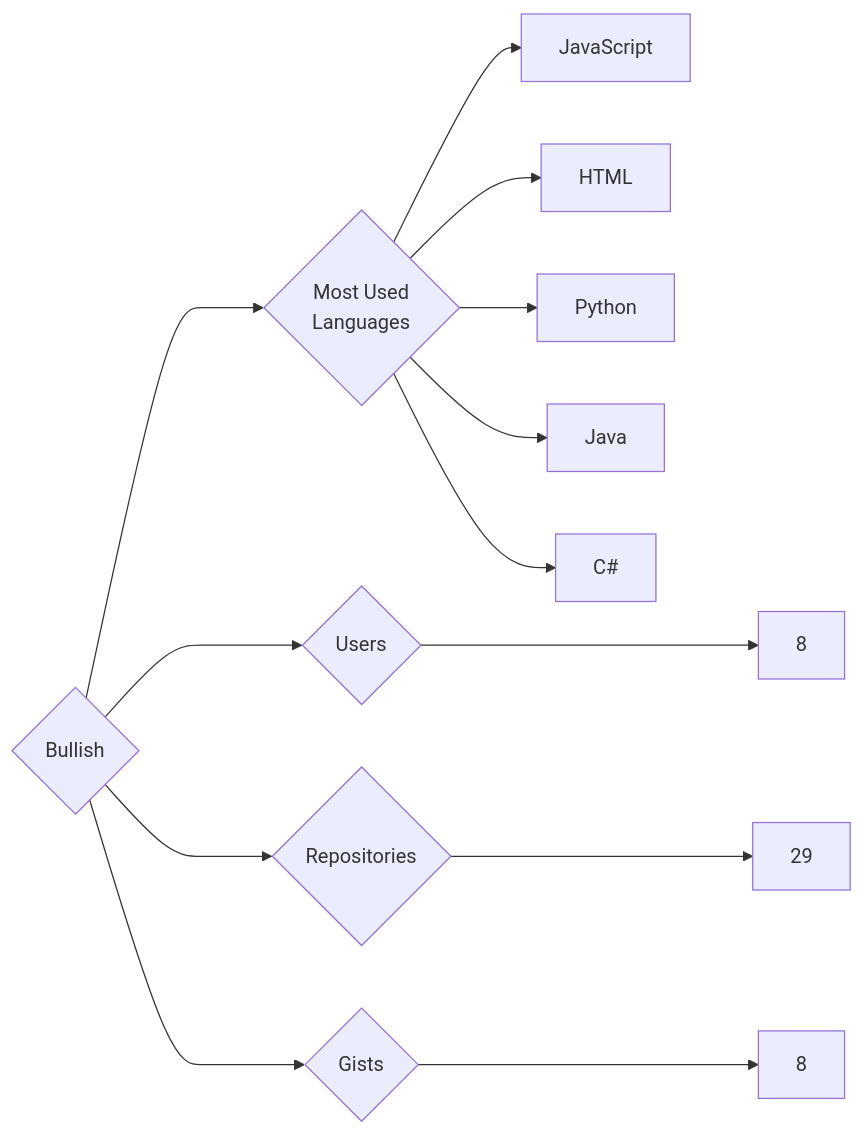
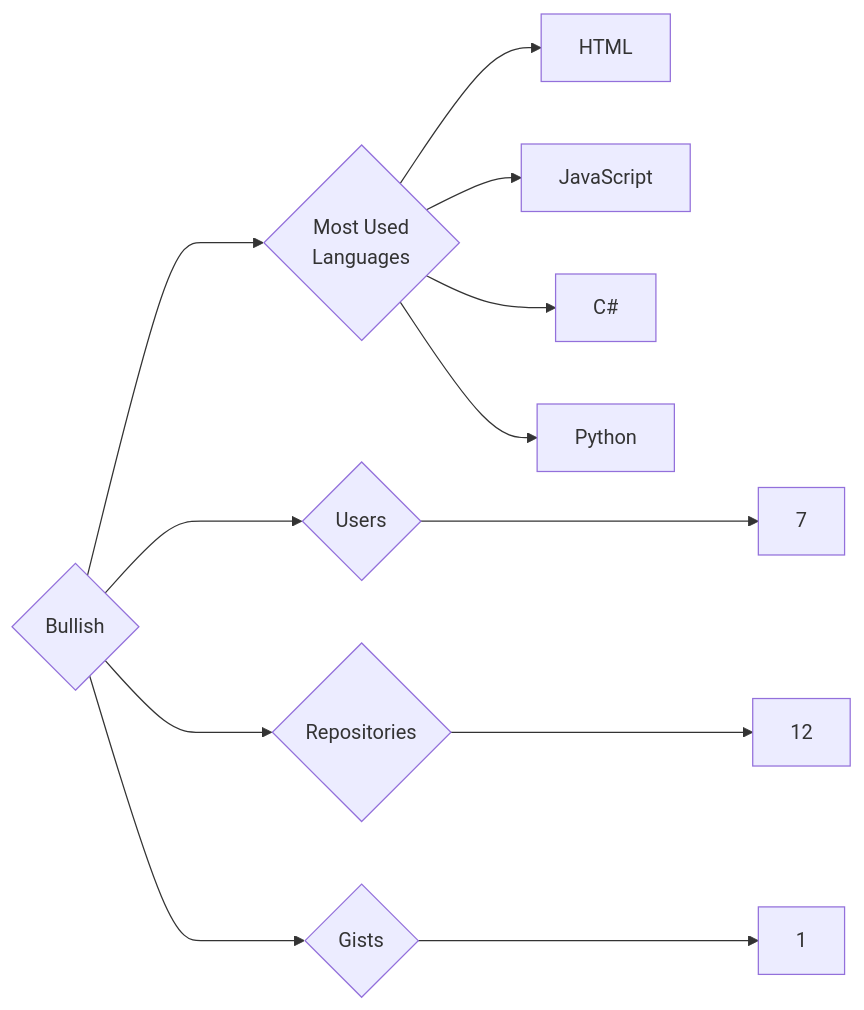
The diagram in targets/Bullish/README.md (trickest/insiders), drawn with Mermaid before and after one commit. The commit also changed 721 other files, not shown here.

````diff
--- a/targets/Bullish/README.md
+++ b/targets/Bullish/README.md
@@ -3,13 +3,12 @@
 ```mermaid
 graph LR
 COMPANY_NAME{Bullish}
-COMPANY_NAME ---> U{Users} ---> UN[8]
-COMPANY_NAME ---> R{Repositories} ---> RN[29]
-COMPANY_NAME ---> G{Gists} ---> GN[8]
+COMPANY_NAME ---> U{Users} ---> UN[7]
+COMPANY_NAME ---> R{Repositories} ---> RN[12]
+COMPANY_NAME ---> G{Gists} ---> GN[1]
 COMPANY_NAME ---> ML{Most Used<br>Languages}
+ML --> HTML[HTML]
 ML --> JavaScript[JavaScript]
-ML --> HTML[HTML]
+ML --> C#[C#]
 ML --> Python[Python]
-ML --> Java[Java]
-ML --> C#[C#]
 ```
````
